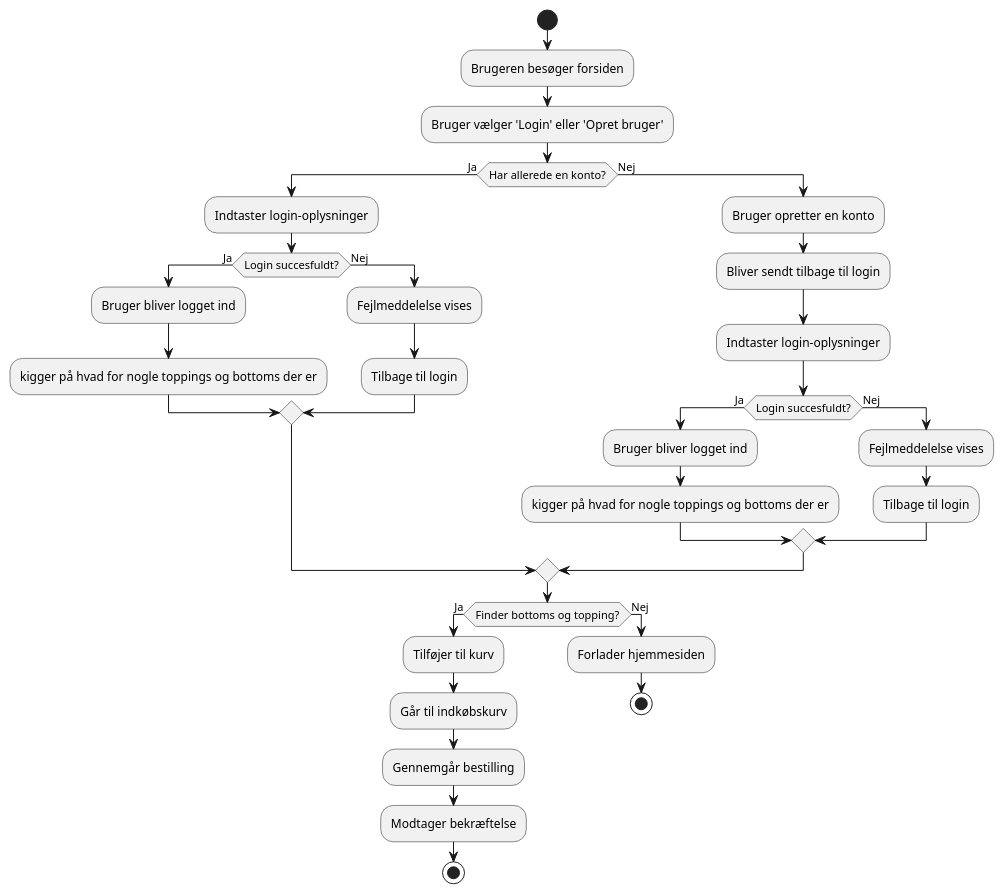
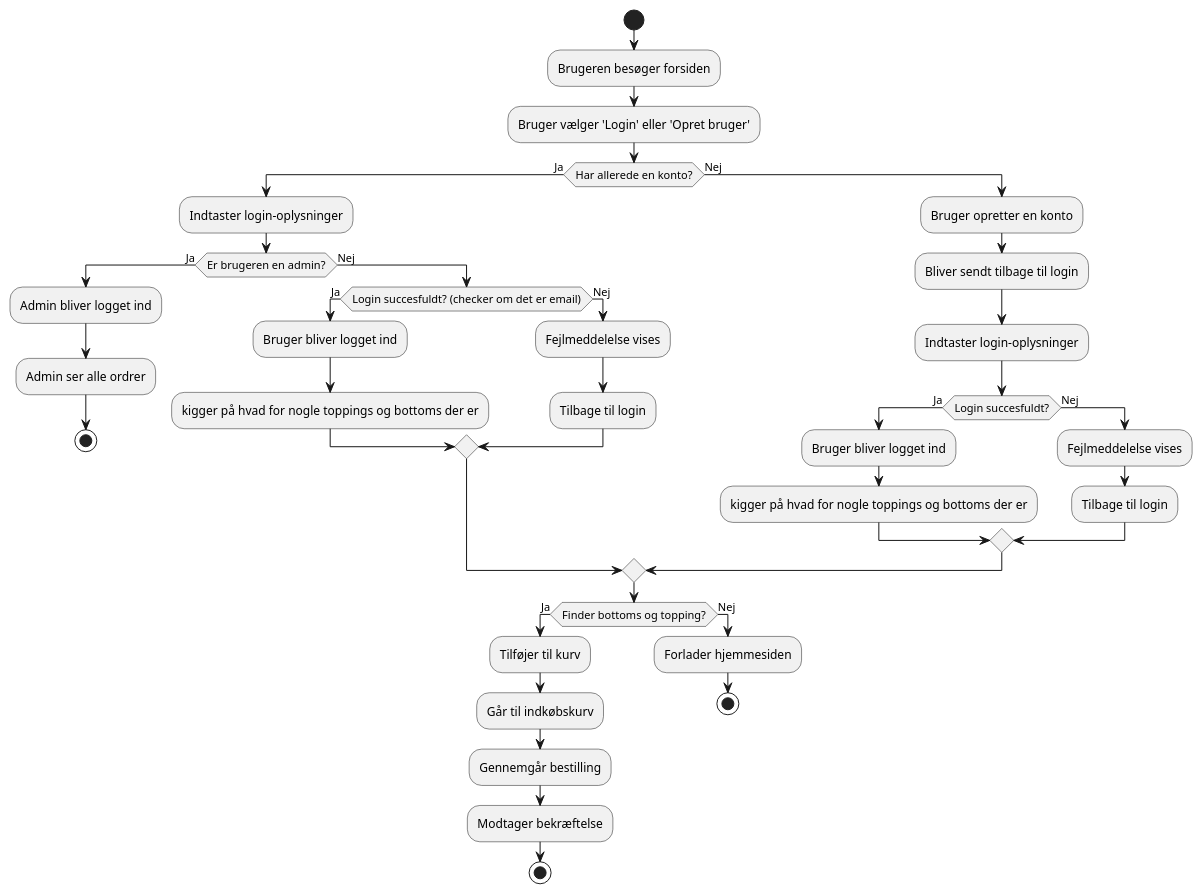
One commit to ABrondbjerg/Cupcake changed the diagram in AktivitetsDiagram.puml. Above: the diagram before and after it, drawn with PlantUML.

Commit message:
nyt aktivitetsdiagram

```diff
--- a/AktivitetsDiagram.puml
+++ b/AktivitetsDiagram.puml
@@ -1,38 +1,44 @@
 @startuml
 start
     :Brugeren besøger forsiden;
     :Bruger vælger 'Login' eller 'Opret bruger';
 
     if (Har allerede en konto?) then (Ja)
         :Indtaster login-oplysninger;
-        if (Login succesfuldt?) then (Ja)
-            :Bruger bliver logget ind;
-            :kigger på hvad for nogle toppings og bottoms der er;
+        if (Er brugeren en admin?) then (Ja)
+            :Admin bliver logget ind;
+            :Admin ser alle ordrer;
+            stop
         else (Nej)
-            :Fejlmeddelelse vises;
-            :Tilbage til login;
+            if (Login succesfuldt? (checker om det er email)) then (Ja)
+                :Bruger bliver logget ind;
+                :kigger på hvad for nogle toppings og bottoms der er;
+            else (Nej)
+                :Fejlmeddelelse vises;
+                :Tilbage til login;
+            endif
         endif
     else (Nej)
         :Bruger opretter en konto;
         :Bliver sendt tilbage til login;
         :Indtaster login-oplysninger;
         if (Login succesfuldt?) then (Ja)
             :Bruger bliver logget ind;
             :kigger på hvad for nogle toppings og bottoms der er;
         else (Nej)
             :Fejlmeddelelse vises;
             :Tilbage til login;
         endif
     endif
 
     if (Finder bottoms og topping?) then (Ja)
         :Tilføjer til kurv;
         :Går til indkøbskurv;
         :Gennemgår bestilling;
         :Modtager bekræftelse;
         stop
     else (Nej)
         :Forlader hjemmesiden;
         stop
     endif
 @enduml
```
